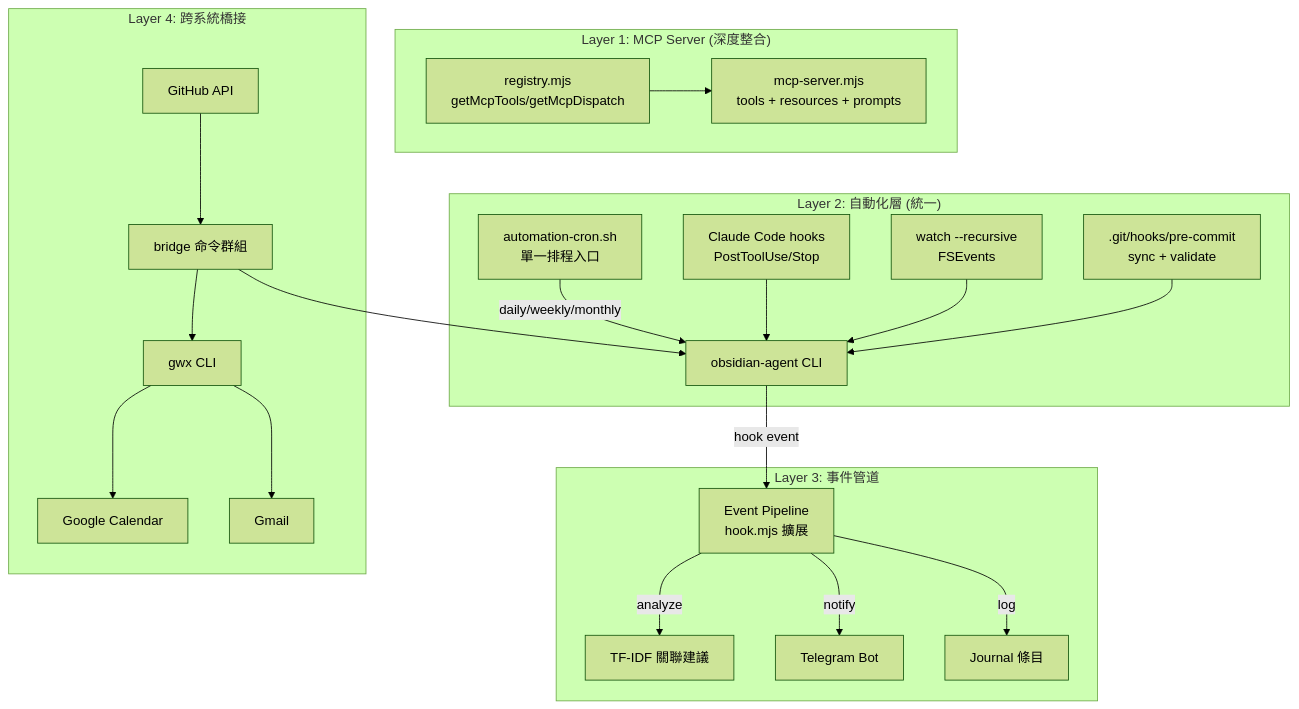
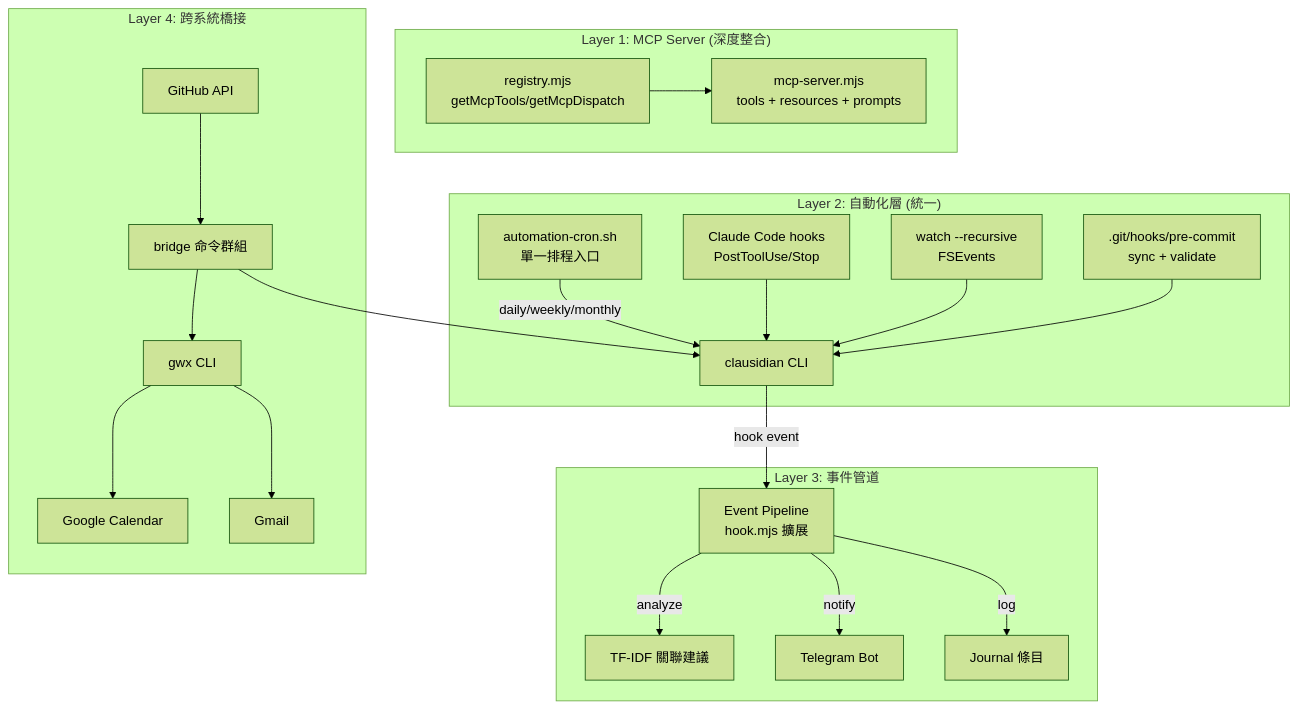
One commit to redredchen01/obsidian-agent changed the first of 2 diagrams in docs/plans/2026-03-30-001-feat-obsidian-cli-full-automation-plan.md. Above: the diagram before and after it, drawn with Mermaid (forest theme). The commit also changed other lines of this file and 2 other files, not shown here.

First line of the commit message:
docs: update all obsidian-agent references to clausidian v2.0.0

````diff
--- a/docs/plans/2026-03-30-001-feat-obsidian-cli-full-automation-plan.md
+++ b/docs/plans/2026-03-30-001-feat-obsidian-cli-full-automation-plan.md
@@ -98,28 +100,28 @@
 ```mermaid
 graph TB
     subgraph "Layer 1: MCP Server (深度整合)"
         REG[registry.mjs<br/>getMcpTools/getMcpDispatch] --> MCP[mcp-server.mjs<br/>tools + resources + prompts]
     end
 
     subgraph "Layer 2: 自動化層 (統一)"
-        CRON[automation-cron.sh<br/>單一排程入口] --> |daily/weekly/monthly| CLI[obsidian-agent CLI]
+        CRON[automation-cron.sh<br/>單一排程入口] --> |daily/weekly/monthly| CLI[clausidian CLI]
         HOOK[Claude Code hooks<br/>PostToolUse/Stop] --> CLI
         WATCH[watch --recursive<br/>FSEvents] --> CLI
         PRECOMMIT[.git/hooks/pre-commit<br/>sync + validate] --> CLI
     end
 
     subgraph "Layer 3: 事件管道"
         CLI --> |hook event| PIPE[Event Pipeline<br/>hook.mjs 擴展]
         PIPE --> |analyze| TFIDF[TF-IDF 關聯建議]
         PIPE --> |notify| TG[Telegram Bot]
         PIPE --> |log| JOURNAL[Journal 條目]
     end
 
     subgraph "Layer 4: 跨系統橋接"
         BRIDGE[bridge 命令群組] --> GWX[gwx CLI]
         GWX --> GCAL[Google Calendar]
         GWX --> GMAIL[Gmail]
         GH[GitHub API] --> BRIDGE
         BRIDGE --> CLI
     end
 ```
````
